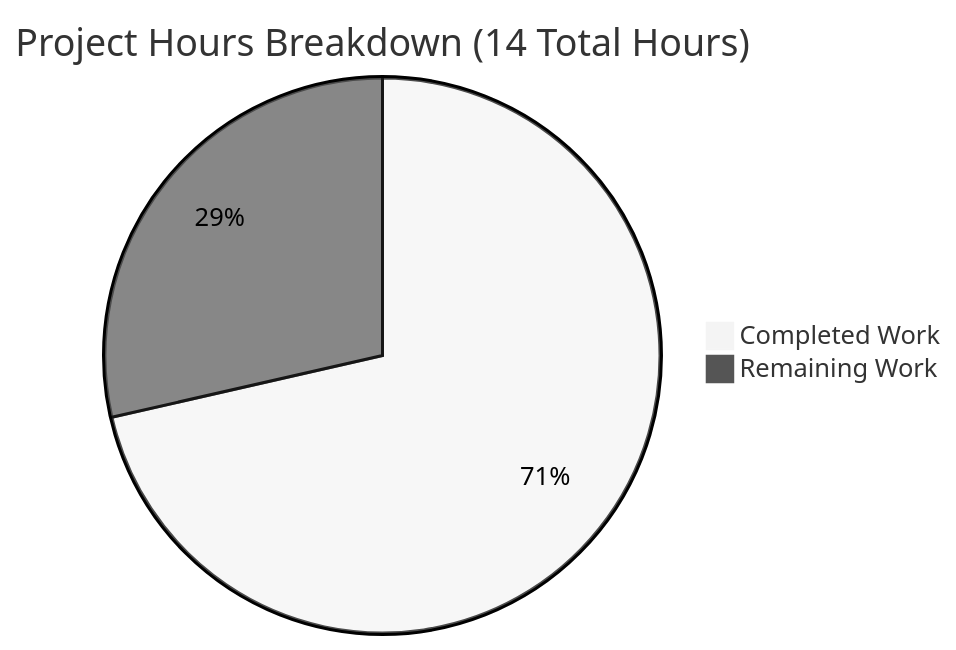
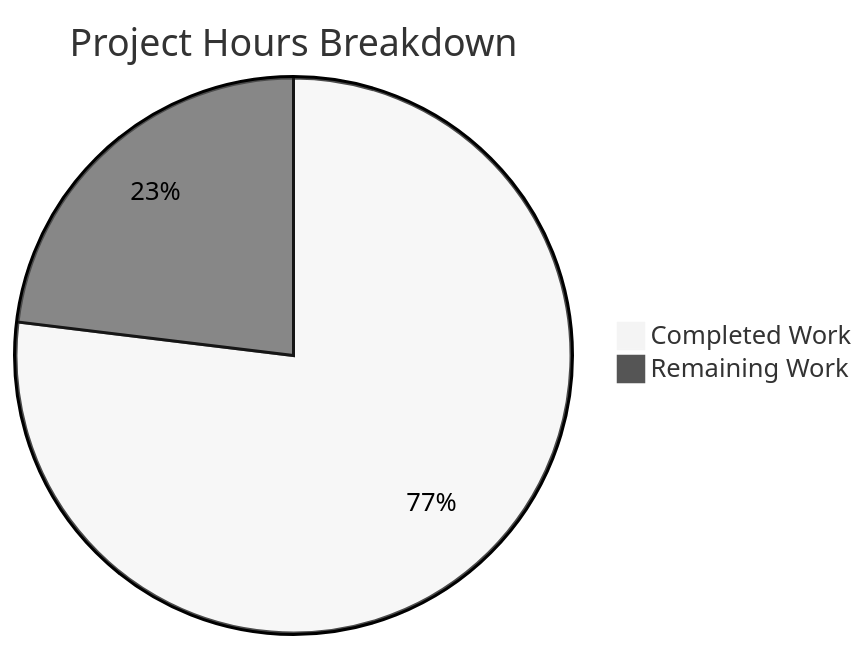
The diagram in blitzy/documentation/Project Guide.md (hardik-blitzy/react-weather-app), drawn with Mermaid (neutral theme) before and after one commit. The commit also changed other lines of this file, not shown here.

Commit message:
Adding Blitzy Project Guide: Project Status and Human Tasks Remaining

````diff
--- a/blitzy/documentation/Project Guide.md
+++ b/blitzy/documentation/Project Guide.md
@@ -94,5 +26,5 @@
 ```mermaid
-pie title Project Hours Breakdown (14 Total Hours)
+pie title Project Hours Breakdown
     "Completed Work" : 10
-    "Remaining Work" : 4
+    "Remaining Work" : 3
 ```
````
